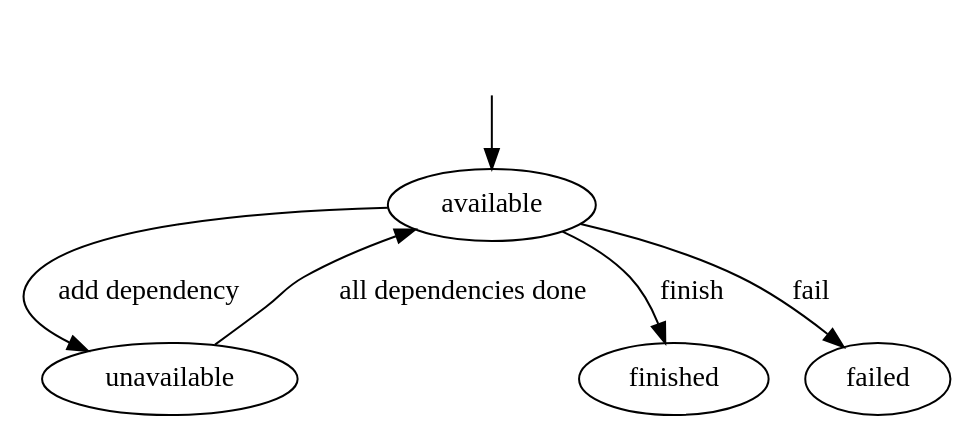
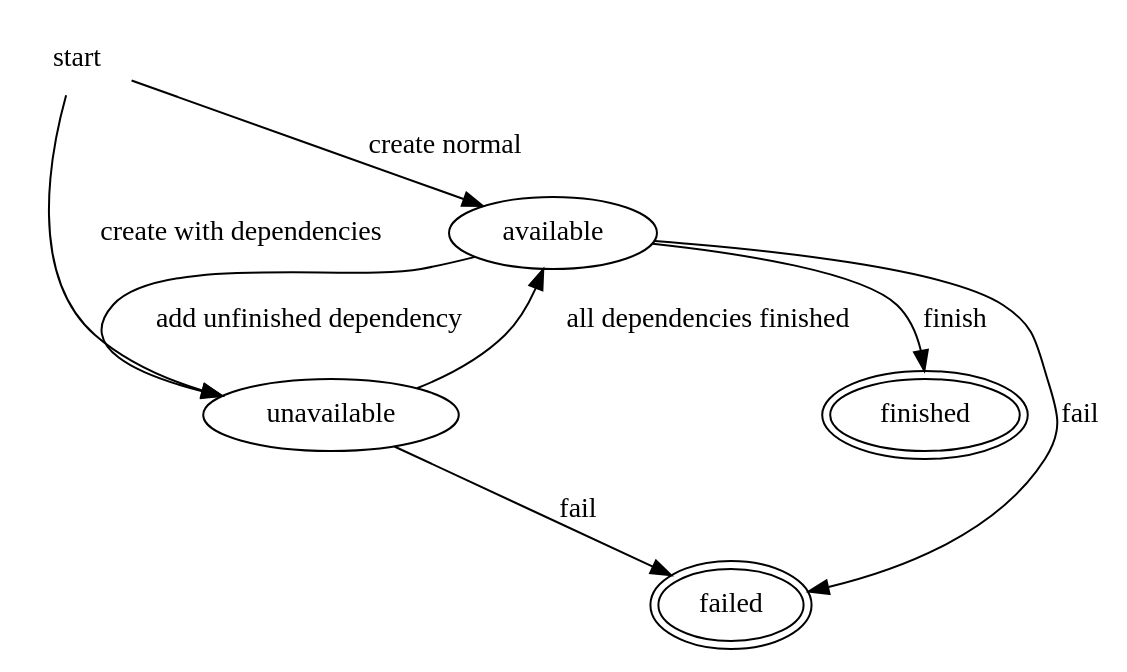
The diagram in diagrams/task_dfs.dot (NorfairKing/swop), drawn with Graphviz before and after one commit.

Commit message:
new diagram voor task

```diff
--- a/diagrams/task_dfs.dot
+++ b/diagrams/task_dfs.dot
@@ -1,19 +1,30 @@
 digraph finite_state_machine {
-
     node [label=""];
 
-    start           [shape=none];
+    start           [label="start", shape=none];
     available       [label="available"];
     unavailable     [label="unavailable"];
-    finished        [label="finished"];
-    failed          [label="failed"];
+    finished        [label="finished", peripheries=2];
+    failed          [label="failed",peripheries=2];
 
-    start -> available;
+    start -> available[label="create normal"];
+    start -> unavailable[label="create with dependencies"];
 
-    available -> unavailable [label="add dependency"];
-    unavailable -> available [label="all dependencies done"];
-    
+    available -> unavailable [label="add unfinished dependency"];
     available -> finished    [label="finish"];
     available -> failed      [label="fail"];
+
+    unavailable -> available [label="all dependencies finished"];
+    unavailable -> failed    [label="fail"];
+    // unavailable -> finished not possible
+    
+    // finished -> available not possible
+    // finished -> unavailable not possible
+    // finished -> failed not possible
+    
+    // failed -> available not possible
+    // failed -> unavailable not possible
+    // failed -> finished not possible
+
     
 }
```
